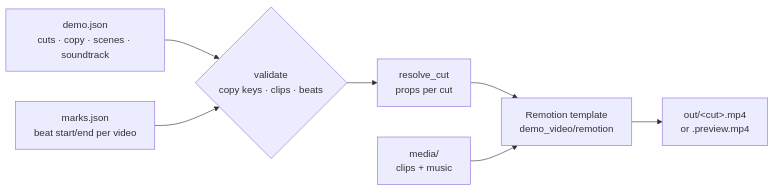
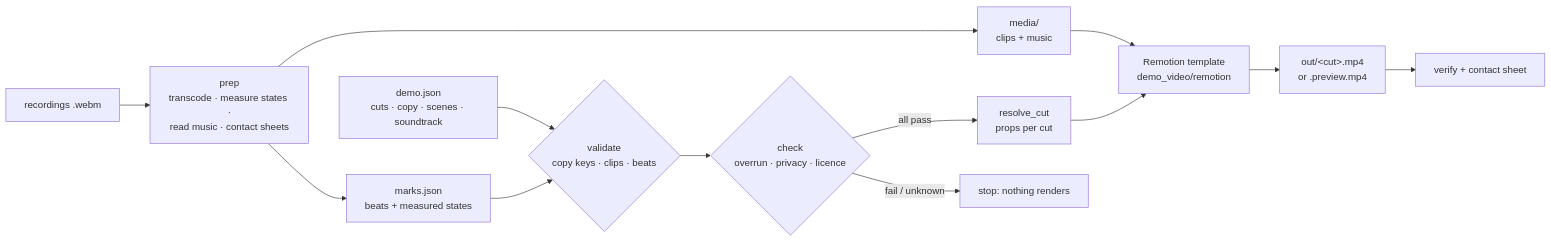
One commit to ferraroroberto/content-management changed the diagram in demo_video/README.md. Above: the diagram before and after it, drawn with Mermaid. The commit also changed other lines of this file and 12 other files, not shown here.

First line of the commit message:
feat: demo video prep stage and hard-stop checks (#367)

````diff
--- a/demo_video/README.md
+++ b/demo_video/README.md
@@ -7,9 +7,15 @@
 ```mermaid
 flowchart LR
+    W[recordings .webm] --> P[prep<br/>transcode · measure states ·<br/>read music · contact sheets]
+    P --> D
+    P --> M
     J[demo.json<br/>cuts · copy · scenes · soundtrack] --> V{validate<br/>copy keys · clips · beats}
-    M[marks.json<br/>beat start/end per video] --> V
-    V --> R[resolve_cut<br/>props per cut]
+    M[marks.json<br/>beats + measured states] --> V
+    V --> C{check<br/>overrun · privacy · licence}
+    C -->|all pass| R[resolve_cut<br/>props per cut]
+    C -->|fail / unknown| S[stop: nothing renders]
     R --> X[Remotion template<br/>demo_video/remotion]
     D[media/<br/>clips + music] --> X
     X --> O[out/&lt;cut&gt;.mp4<br/>or .preview.mp4]
+    O --> Q[verify + contact sheet]
 ```
````
